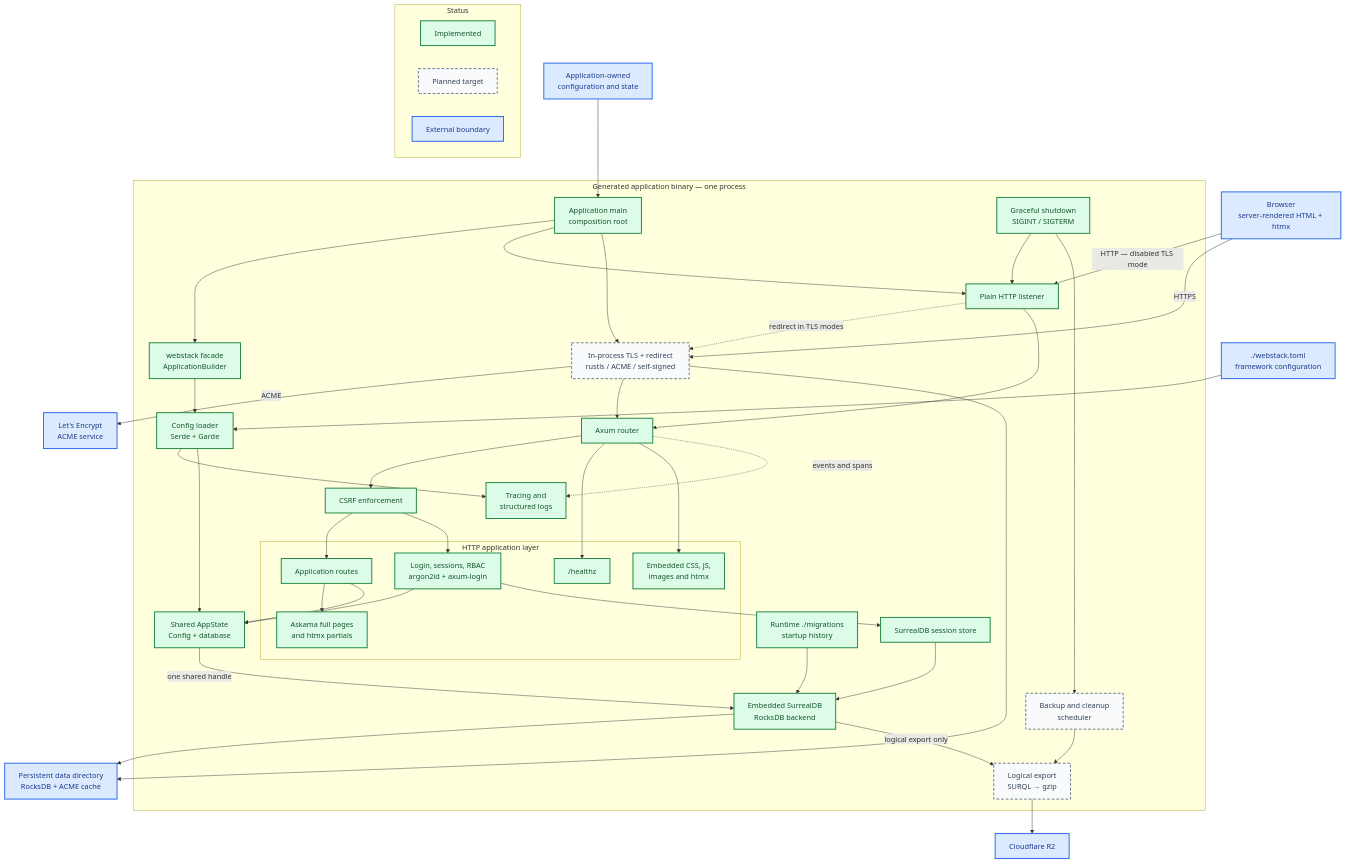
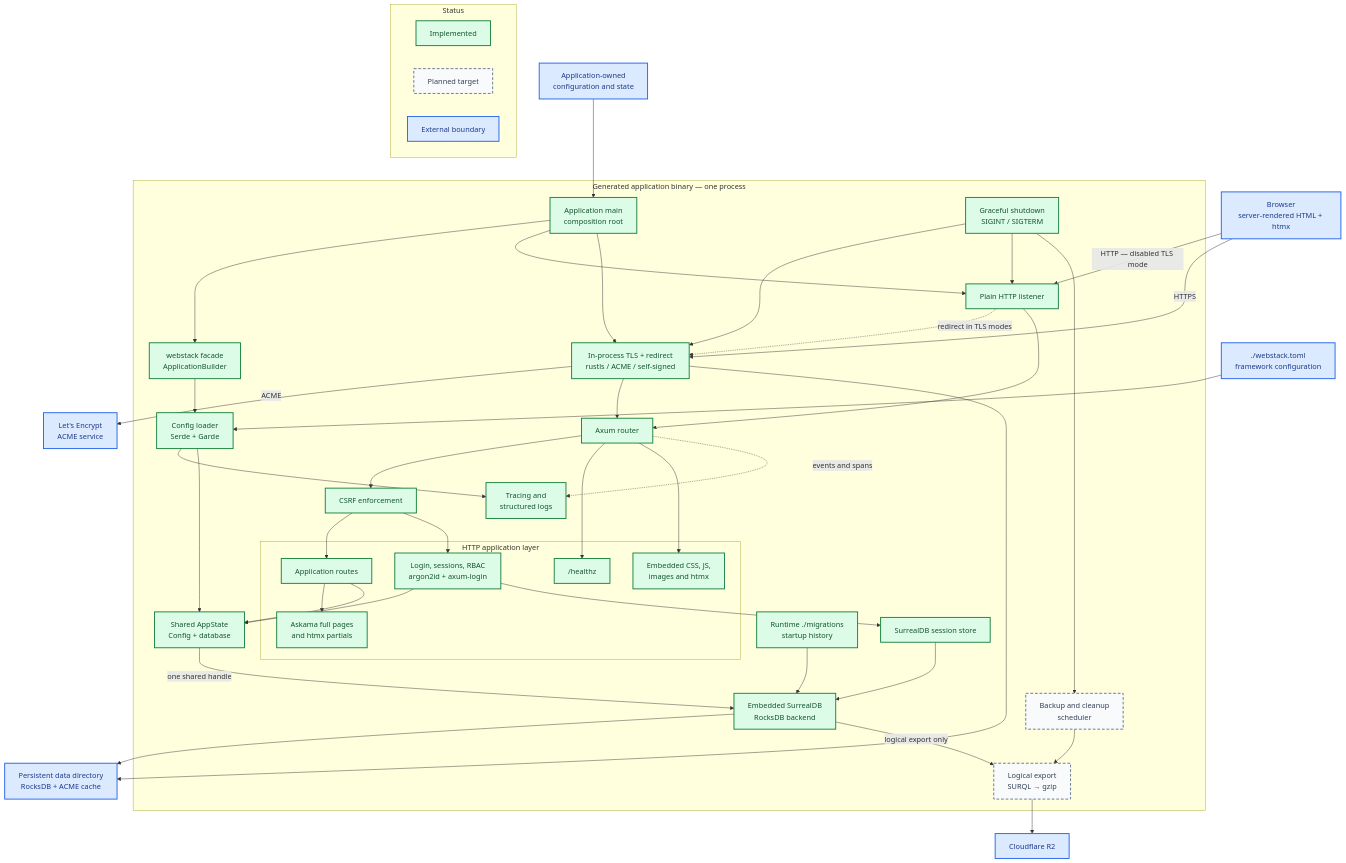
Before and after one commit to bwks/webstack: the diagram in docs/architecture.md, drawn with Mermaid. The commit also changed 19 other files, not shown here.

````diff
--- a/docs/architecture.md
+++ b/docs/architecture.md
@@ -36,78 +36,79 @@
 ```mermaid
 flowchart TB
     subgraph Legend["Status"]
         ImplementedLegend["Implemented"]:::implemented
         PlannedLegend["Planned target"]:::planned
         ExternalLegend["External boundary"]:::external
     end
 
     Browser["Browser<br/>server-rendered HTML + htmx"]:::external
     LetsEncrypt["Let's Encrypt<br/>ACME service"]:::external
     R2["Cloudflare R2"]:::external
     WebstackConfig["./webstack.toml<br/>framework configuration"]:::external
     AppConfig["Application-owned<br/>configuration and state"]:::external
     DataDir["Persistent data directory<br/>RocksDB + ACME cache"]:::external
 
     subgraph Binary["Generated application binary — one process"]
         Main["Application main<br/>composition root"]:::implemented
         Facade["webstack facade<br/>ApplicationBuilder"]:::implemented
         Config["Config loader<br/>Serde + Garde"]:::implemented
         Observability["Tracing and<br/>structured logs"]:::implemented
         Shutdown["Graceful shutdown<br/>SIGINT / SIGTERM"]:::implemented
 
         PlainHttp["Plain HTTP listener"]:::implemented
-        Tls["In-process TLS + redirect<br/>rustls / ACME / self-signed"]:::planned
+        Tls["In-process TLS + redirect<br/>rustls / ACME / self-signed"]:::implemented
         Router["Axum router"]:::implemented
         Middleware["CSRF enforcement"]:::implemented
 
         subgraph Http["HTTP application layer"]
             Health["/healthz"]:::implemented
             AppRoutes["Application routes"]:::implemented
             Auth["Login, sessions, RBAC<br/>argon2id + axum-login"]:::implemented
             Views["Askama full pages<br/>and htmx partials"]:::implemented
             Assets["Embedded CSS, JS,<br/>images and htmx"]:::implemented
         end
 
         State["Shared AppState<br/>Config + database"]:::implemented
         Database["Embedded SurrealDB<br/>RocksDB backend"]:::implemented
         Migrations["Runtime ./migrations<br/>startup history"]:::implemented
         Sessions["SurrealDB session store"]:::implemented
         Scheduler["Backup and cleanup<br/>scheduler"]:::planned
         Export["Logical export<br/>SURQL → gzip"]:::planned
     end
 
     WebstackConfig --> Config
     AppConfig --> Main
     Main --> Facade --> Config
     Config --> Observability
     Config --> State
     Main --> PlainHttp
     Main --> Tls
+    Shutdown --> Tls
     Browser -->|HTTP — disabled TLS mode| PlainHttp
     Browser -->|HTTPS| Tls
     PlainHttp -.->|redirect in TLS modes| Tls
     Tls -->|ACME| LetsEncrypt
     PlainHttp --> Router
     Tls --> Router
     Router --> Middleware
     Router --> Health
     Middleware --> AppRoutes
     Middleware --> Auth
     AppRoutes --> Views
     Router --> Assets
     AppRoutes --> State
     Auth --> State
     Auth --> Sessions --> Database
     State -->|one shared handle| Database --> DataDir
     Migrations --> Database
     Tls --> DataDir
     Scheduler --> Export --> R2
     Database -->|logical export only| Export
     Router -.->|events and spans| Observability
     Shutdown --> PlainHttp
     Shutdown --> Scheduler
 
     classDef implemented fill:#dcfce7,stroke:#15803d,stroke-width:2px,color:#14532d
     classDef planned fill:#f8fafc,stroke:#64748b,stroke-width:2px,stroke-dasharray:6 4,color:#334155
     classDef external fill:#dbeafe,stroke:#2563eb,stroke-width:2px,color:#1e3a8a
 ```
````
